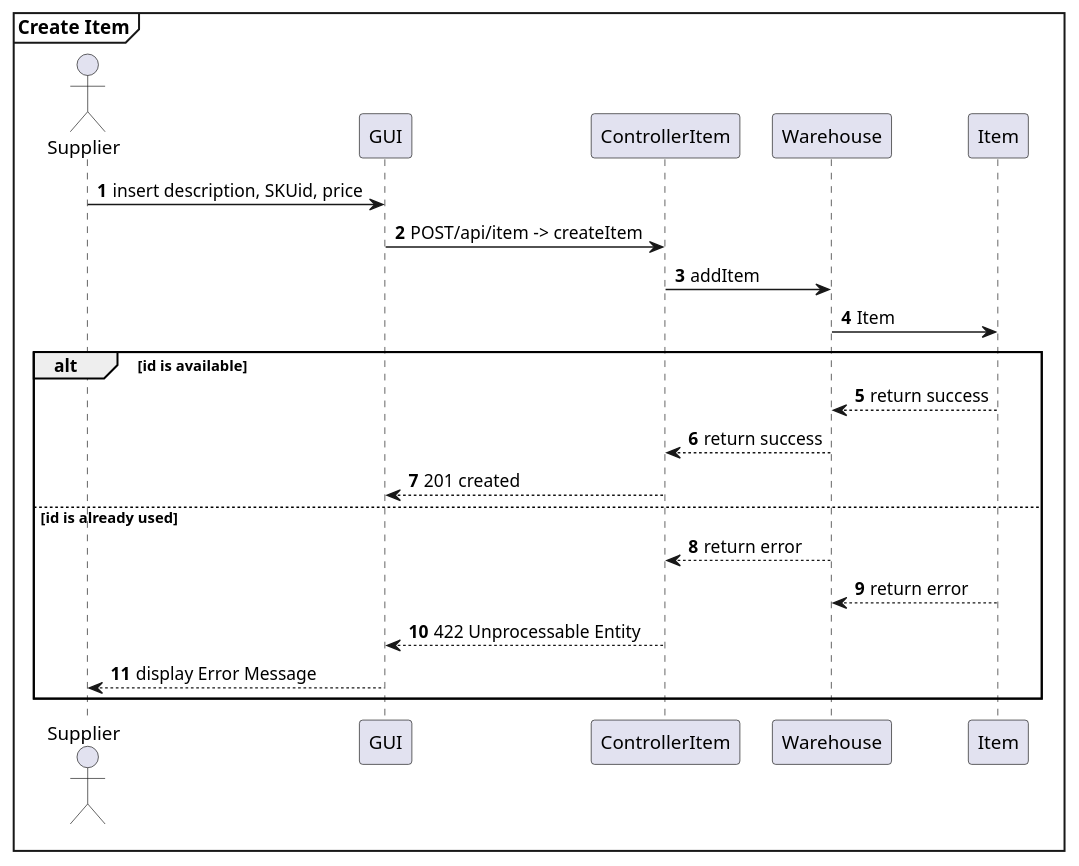
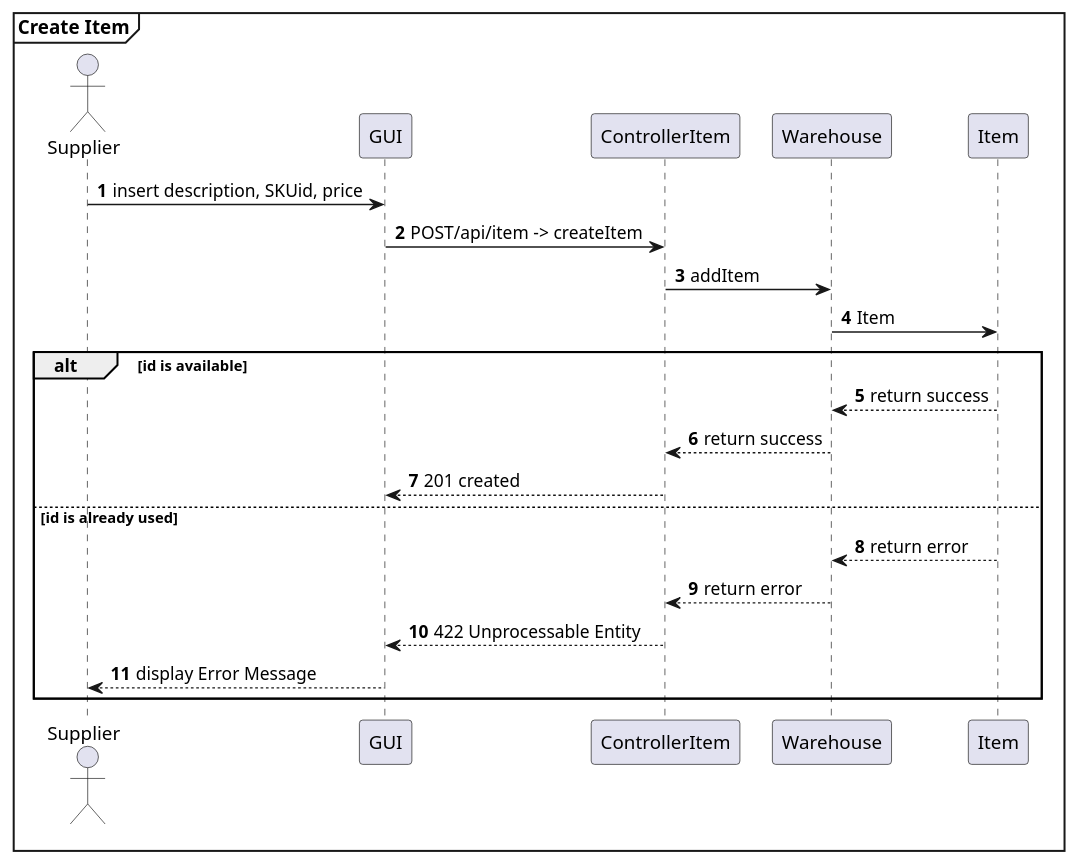
Diagram 26 of 30 in DesignDocument.md (AlexZampa/EzWh), drawn with PlantUML before and after one commit. The commit also changed other lines of this file, not shown here.

````diff
--- a/DesignDocument.md
+++ b/DesignDocument.md
@@ -1254,28 +1276,28 @@
 ```plantuml
 @startuml
 mainframe **Create Item**
 actor Supplier
 participant GUI
 participant ControllerItem
 participant Warehouse
 participant Item
 
 autonumber
 Supplier -> GUI : insert description, SKUid, price 
 GUI -> ControllerItem : POST/api/item -> createItem
 ControllerItem -> Warehouse : addItem
 Warehouse -> Item : Item
 
 alt id is available
   Warehouse <-- Item : return success
   ControllerItem <-- Warehouse : return success
   GUI <-- ControllerItem : 201 created
 else id is already used
+  Warehouse <-- Item : return error
   ControllerItem <-- Warehouse : return error
-  Warehouse <-- Item : return error
   GUI <-- ControllerItem : 422 Unprocessable Entity
   Supplier <-- GUI : display Error Message
 end
 
 @enduml
 ```
````
